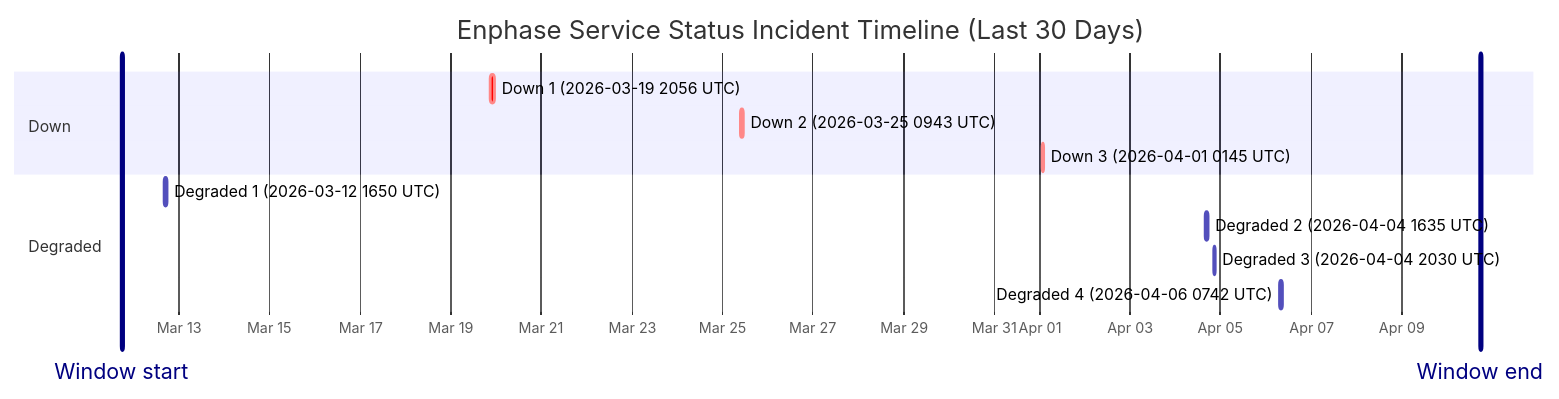
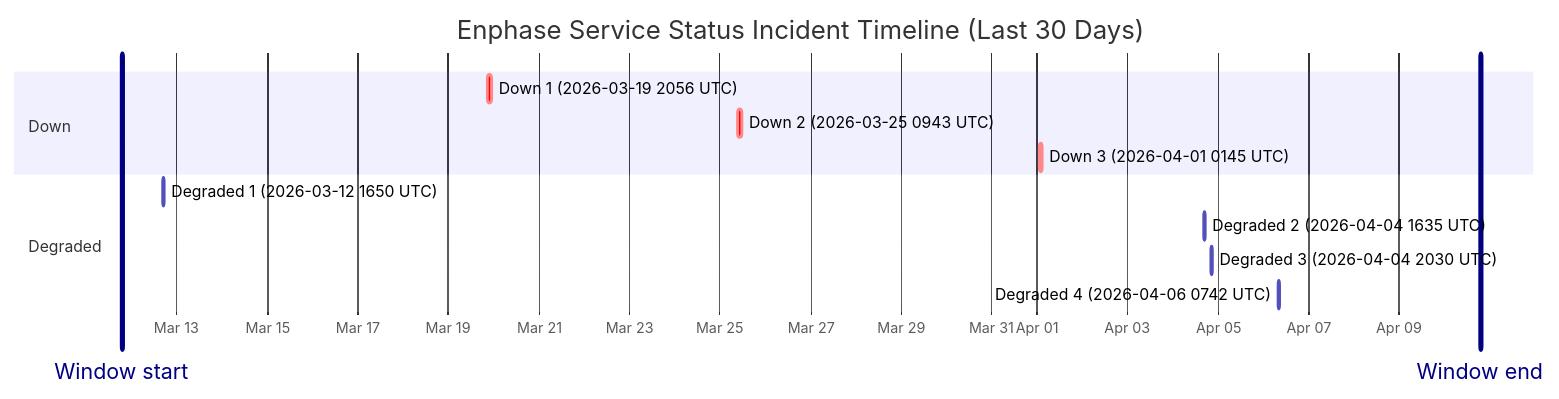
The diagram in wiki/Service-Status-History.md (barneyonline/ha-enphase-ev-charger), drawn with Mermaid before and after one commit. The commit also changed other lines of this file and 3 other files, not shown here.

````diff
--- a/wiki/Service-Status-History.md
+++ b/wiki/Service-Status-History.md
@@ -14,17 +14,17 @@
 ```mermaid
 gantt
     title Enphase Service Status Incident Timeline (Last 30 Days)
     dateFormat  YYYY-MM-DDTHH:mm:ss
     axisFormat  %b %d
-    Window start :vert, window-start, 2026-03-11T17:46:40, 0ms
-    Window end :vert, window-end, 2026-04-10T17:46:40, 0ms
+    Window start :vert, window-start, 2026-03-11T18:51:42, 0ms
+    Window end :vert, window-end, 2026-04-10T18:51:42, 0ms
     section Down
     Down 1 (2026-03-19 2056 UTC) :crit, down-1, 2026-03-19T20:56:20, 145m
     Down 2 (2026-03-25 0943 UTC) :crit, down-2, 2026-03-25T09:43:28, 111m
     Down 3 (2026-04-01 0145 UTC) :crit, down-3, 2026-04-01T01:45:09, 60m
     section Degraded
     Degraded 1 (2026-03-12 1650 UTC) :active, degraded-1, 2026-03-12T16:50:43, 60m
     Degraded 2 (2026-04-04 1635 UTC) :active, degraded-2, 2026-04-04T16:35:17, 60m
     Degraded 3 (2026-04-04 2030 UTC) :active, degraded-3, 2026-04-04T20:30:40, 60m
     Degraded 4 (2026-04-06 0742 UTC) :active, degraded-4, 2026-04-06T07:42:09, 85m
 ```
````
